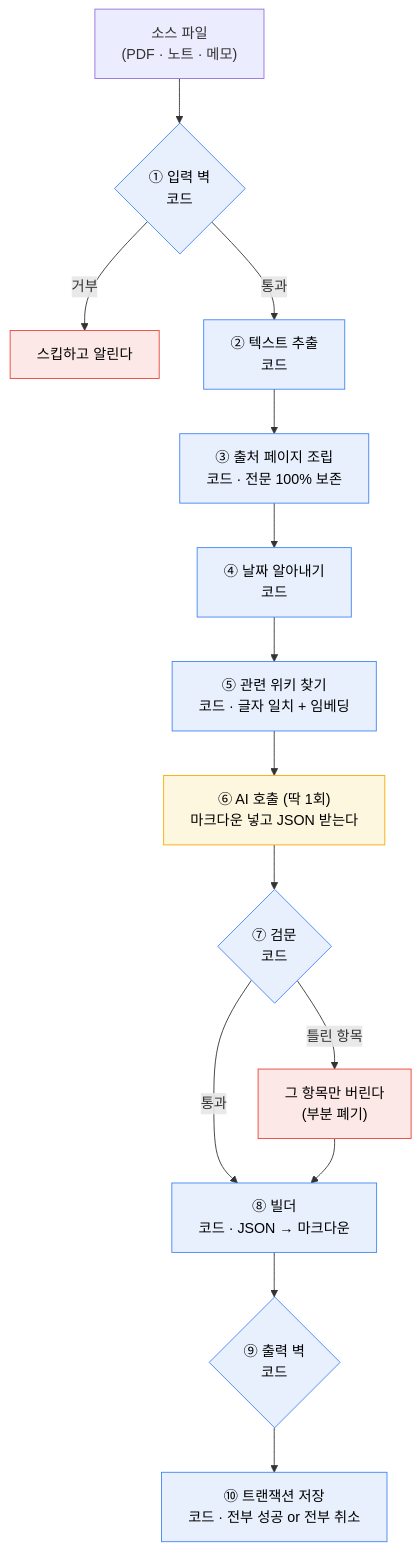
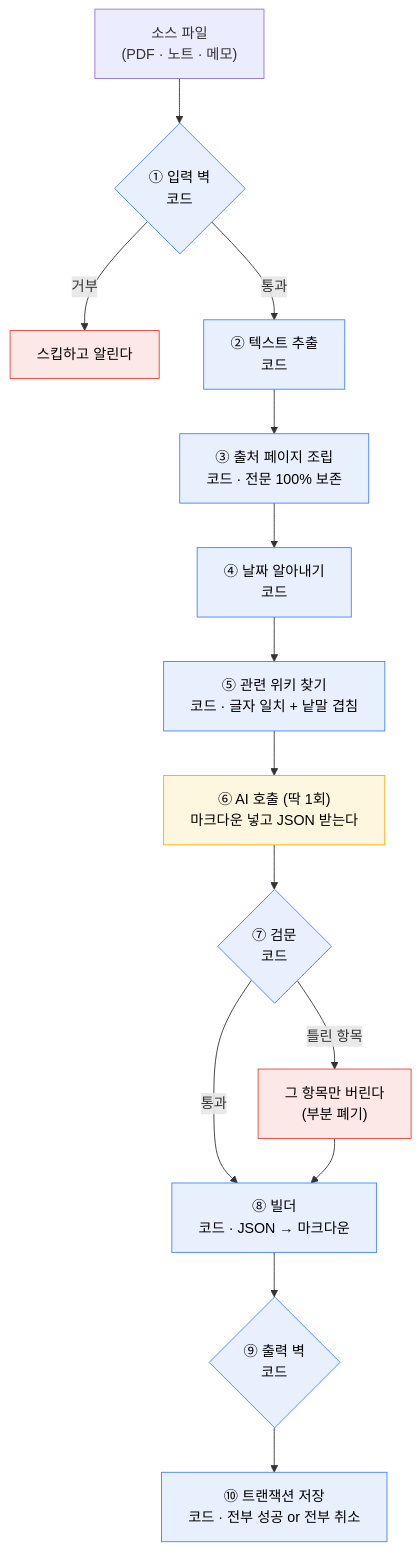
One commit to gosu1/piecepool-desktop changed the diagram in docs/파이프라인-설명서.md. Above: the diagram before and after it, drawn with Mermaid. The commit also changed other lines of this file and 2 other files, not shown here.

````diff
--- a/docs/파이프라인-설명서.md
+++ b/docs/파이프라인-설명서.md
@@ -21,23 +21,23 @@
 ```mermaid
 flowchart TD
     A["소스 파일<br/>(PDF · 노트 · 메모)"] --> B{"① 입력 벽<br/>코드"}
     B -->|거부| BX["스킵하고 알린다"]
     B -->|통과| C["② 텍스트 추출<br/>코드"]
     C --> D["③ 출처 페이지 조립<br/>코드 · 전문 100% 보존"]
     D --> E["④ 날짜 알아내기<br/>코드"]
-    E --> P["⑤ 관련 위키 찾기<br/>코드 · 글자 일치 + 임베딩"]
+    E --> P["⑤ 관련 위키 찾기<br/>코드 · 글자 일치 + 낱말 겹침"]
     P --> F["⑥ AI 호출 (딱 1회)<br/>마크다운 넣고 JSON 받는다"]
     F --> G{"⑦ 검문<br/>코드"}
     G -->|"틀린 항목"| GX["그 항목만 버린다<br/>(부분 폐기)"]
     G -->|통과| H["⑧ 빌더<br/>코드 · JSON → 마크다운"]
     GX --> H
     H --> I{"⑨ 출력 벽<br/>코드"}
     I --> J["⑩ 트랜잭션 저장<br/>코드 · 전부 성공 or 전부 취소"]
 
     classDef code fill:#e8f0fe,stroke:#4285f4,color:#000
     classDef ai fill:#fef7e0,stroke:#f9ab00,color:#000
     classDef stop fill:#fce8e6,stroke:#ea4335,color:#000
     class B,C,D,E,P,G,H,I,J code
     class F ai
     class BX,GX stop
 ```
````
